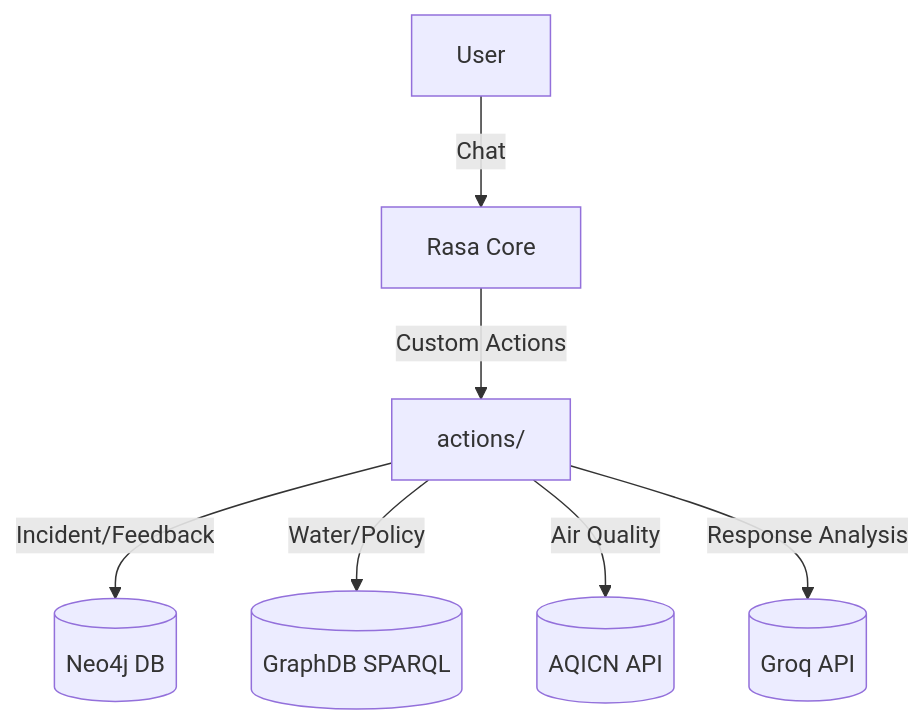
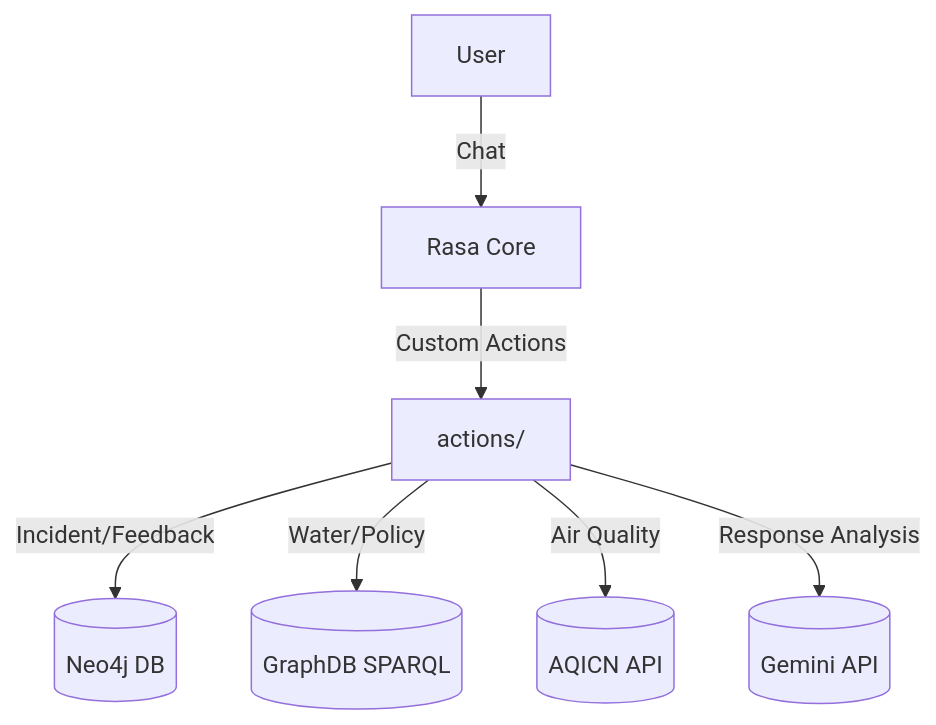
The first of 2 diagrams in README.md (aryaayush190/EcoSentinel), drawn with Mermaid before and after one commit. The commit also changed other lines of this file, not shown here.

````diff
--- a/README.md
+++ b/README.md
@@ -22,9 +22,9 @@
 ```mermaid
 graph TD
     User -->|Chat| Rasa["Rasa Core"]
     Rasa -->|Custom Actions| Actions["actions/"]
     Actions -->|Incident/Feedback| Neo4j[(Neo4j DB)]
     Actions -->|Water/Policy| GraphDB[(GraphDB SPARQL)]
     Actions -->|Air Quality| AQICN[(AQICN API)]
-    Actions -->|Response Analysis| Groq[(Groq API)]
+    Actions -->|Response Analysis| Gemini[(Gemini API)]
 ```
````
